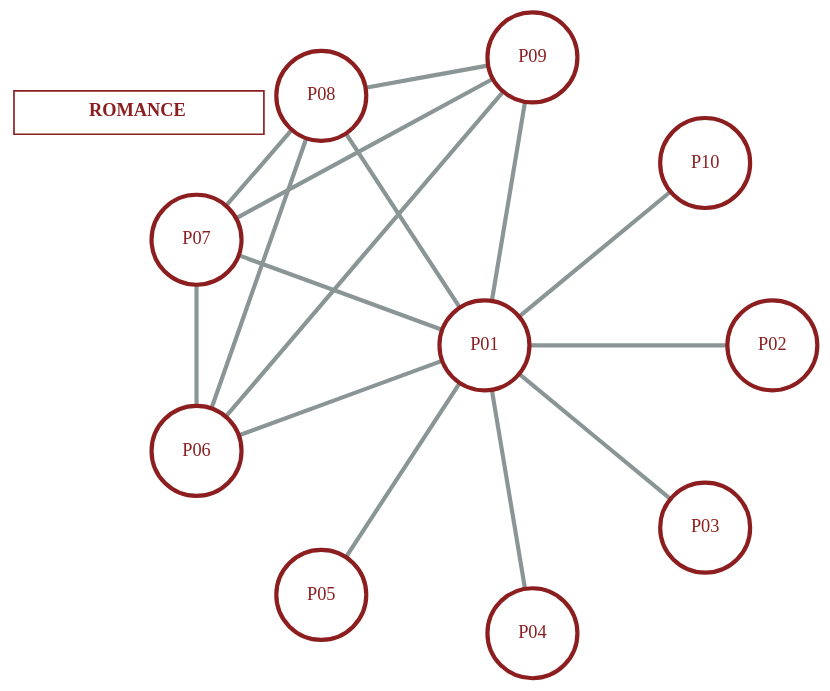
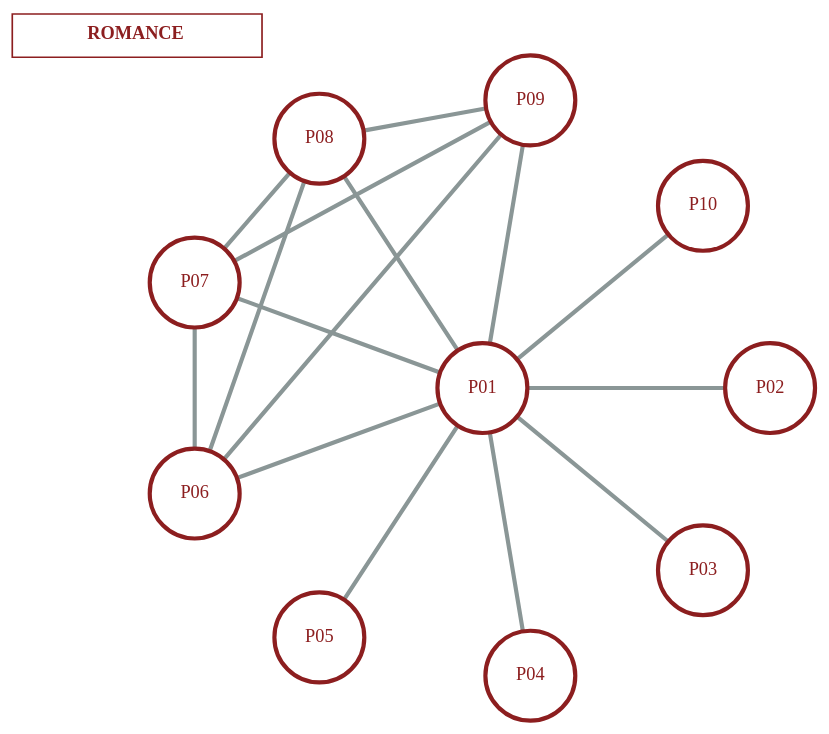
Before and after one commit to yanhiz/sfb_redefi: the diagram in clusters.qmd, drawn with Graphviz. The commit also changed other lines of this file and 33 other files, not shown here.

```diff
--- a/clusters.qmd
+++ b/clusters.qmd
@@ -167,7 +171,7 @@
 romance_label [
   shape = plain,
   fixedsize = false,
-  pos = "-1.94,-2.88!",
+  pos = "-2.94,-2.88!",
   URL = "clusters/romance.html",
   tooltip = "Open the Romance cluster",
   target = "_top",
```
